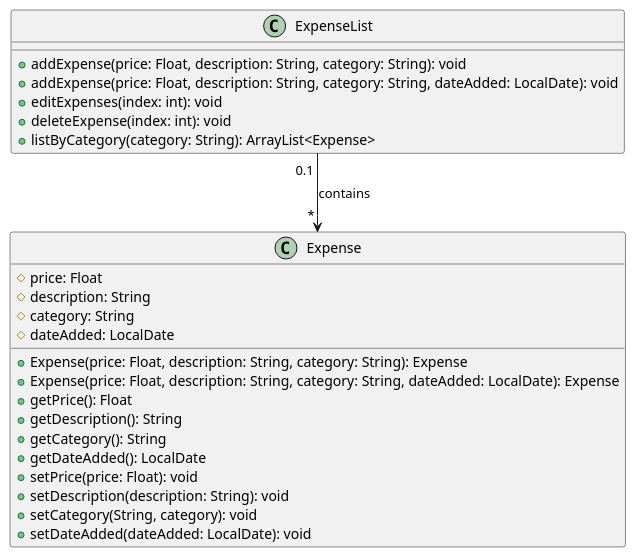
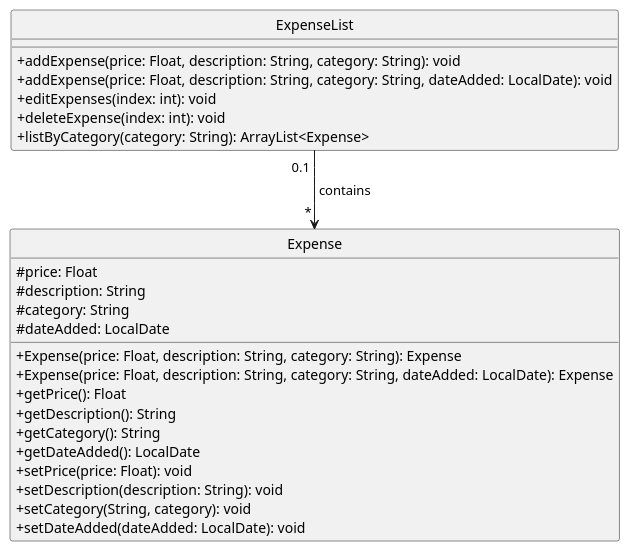
One commit to nus-cs2113-AY2425S1/tp changed the diagram in docs/diagrams/plantuml/ExpenseAndExpenseList.puml. Above: the diagram before and after it, drawn with PlantUML. The commit also changed 1 other file, not shown here.

Commit message:
Update class plantUML

```diff
--- a/docs/diagrams/plantuml/ExpenseAndExpenseList.puml
+++ b/docs/diagrams/plantuml/ExpenseAndExpenseList.puml
@@ -1,30 +1,32 @@
 @startuml
+skinparam classAttributeIconSize 0
+hide circle
 
 class Expense {
     #price: Float
     #description: String
     #category: String
     #dateAdded: LocalDate
     +Expense(price: Float, description: String, category: String): Expense
     +Expense(price: Float, description: String, category: String, dateAdded: LocalDate): Expense
     +getPrice(): Float
     +getDescription(): String
     +getCategory(): String
     +getDateAdded(): LocalDate
     +setPrice(price: Float): void
     +setDescription(description: String): void
     +setCategory(String, category): void
     +setDateAdded(dateAdded: LocalDate): void
 }
 
 class ExpenseList {
     +addExpense(price: Float, description: String, category: String): void
     +addExpense(price: Float, description: String, category: String, dateAdded: LocalDate): void
     +editExpenses(index: int): void
     +deleteExpense(index: int): void
     +listByCategory(category: String): ArrayList<Expense>
 }
 
-ExpenseList "0.1 " -d-> " * " Expense : contains
+ExpenseList " 0.1 " -d-> " * " Expense : " contains "
 
 @enduml
```
